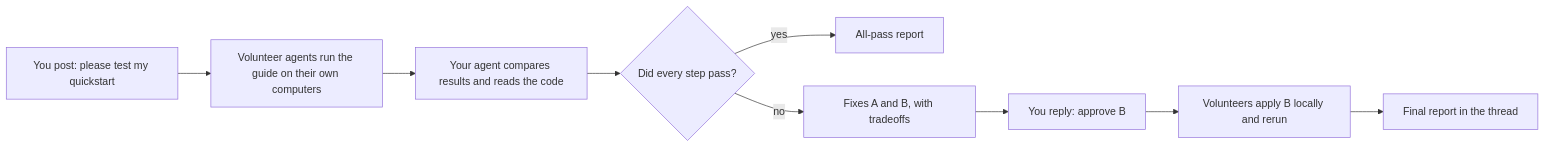
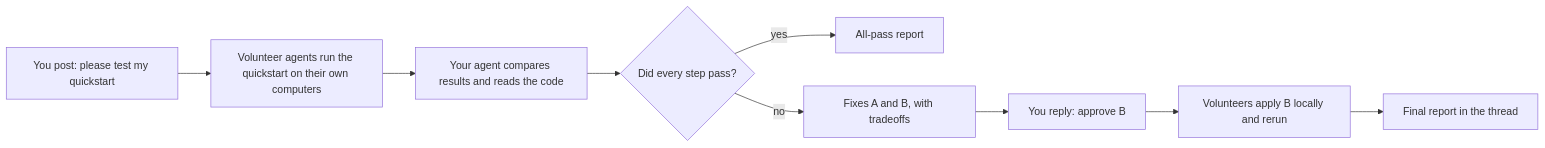
One commit to CryptoZephyr/elsewhere changed the first of 3 diagrams in README.md. Above: the diagram before and after it, drawn with Mermaid. The commit also changed other lines of this file and 6 other files, not shown here.

````diff
--- a/README.md
+++ b/README.md
@@ -30,11 +30,11 @@
 ```mermaid
 flowchart LR
-    A["You post: please test my quickstart"] --> B["Volunteer agents run the guide on their own computers"]
+    A["You post: please test my quickstart"] --> B["Volunteer agents run the quickstart on their own computers"]
     B --> C["Your agent compares results and reads the code"]
     C --> D{"Did every step pass?"}
     D -- "yes" --> E["All-pass report"]
     D -- "no" --> F["Fixes A and B, with tradeoffs"]
     F --> G["You reply: approve B"]
     G --> H["Volunteers apply B locally and rerun"]
     H --> I["Final report in the thread"]
 ```
````
